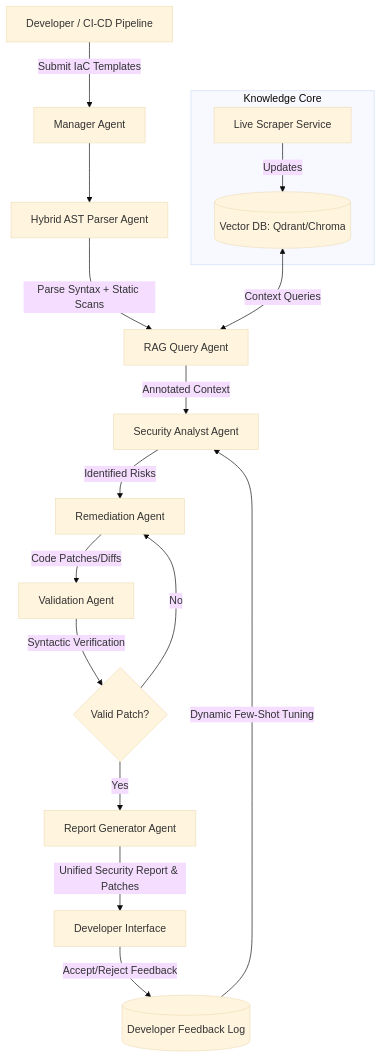
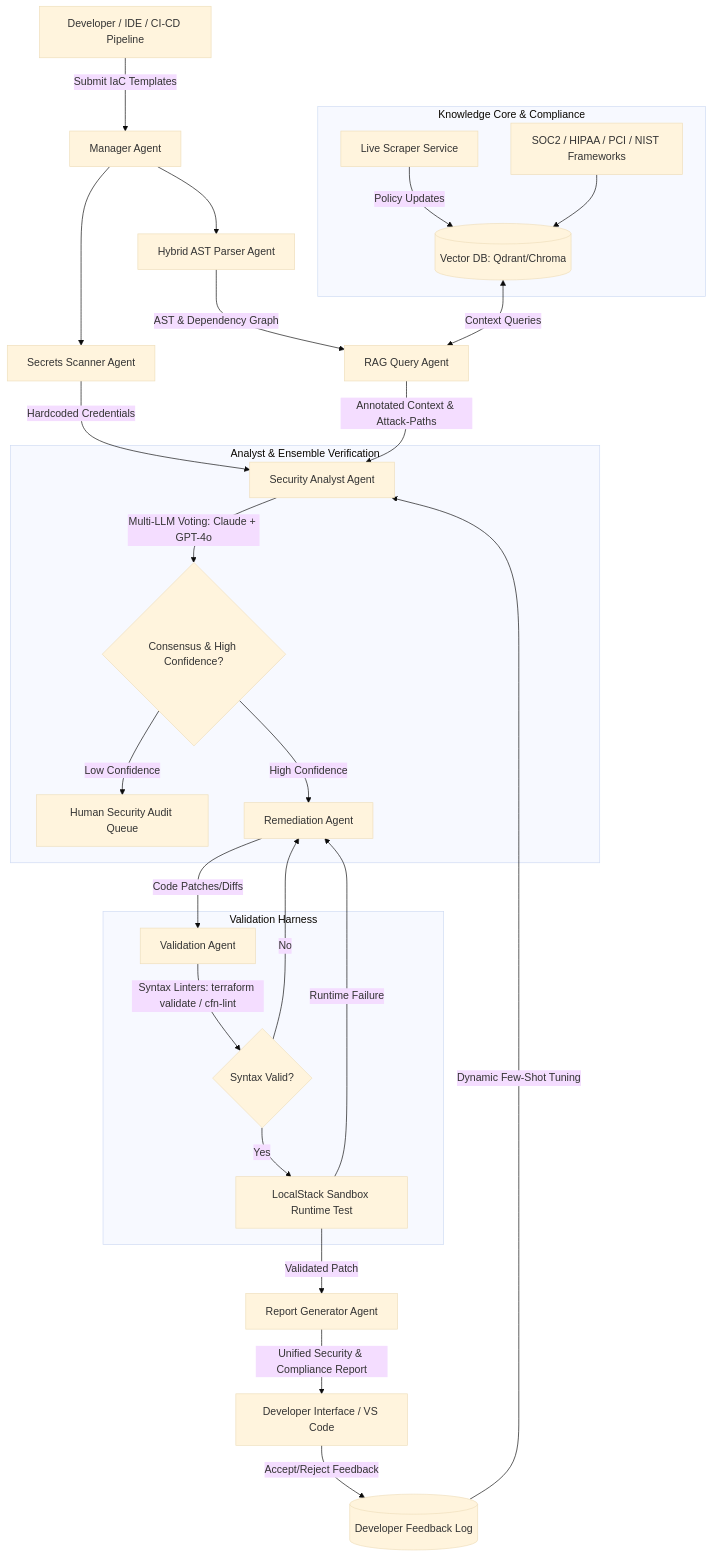
Before and after one commit to AnishaPaturi/AgenShield-AI: the diagram in README.md, drawn with Mermaid (base theme). The commit also changed other lines of this file, not shown here.

Commit message:
v1.1 : Enhance README with comprehensive improvements and features of AgentShield AI, including multi-cloud support, advanced agent orchestration, automated knowledge ingestion, and enhanced security mechanisms.

````diff
--- a/README.md
+++ b/README.md
@@ -82,24 +123,38 @@
 ```mermaid
 graph TD
-    A[Developer / CI-CD Pipeline] -->|Submit IaC Templates| B[Manager Agent]
+    A[Developer / IDE / CI-CD Pipeline] -->|Submit IaC Templates| B[Manager Agent]
     B --> C[Hybrid AST Parser Agent]
-    C -->|Parse Syntax + Static Scans| D[RAG Query Agent]
+    B --> SEC[Secrets Scanner Agent]
+    C -->|AST & Dependency Graph| D[RAG Query Agent]
+    SEC -->|Hardcoded Credentials| G[Security Analyst Agent]
     
-    subgraph "Knowledge Core"
+    subgraph "Knowledge Core & Compliance"
         E[(Vector DB: Qdrant/Chroma)]
-        F[Live Scraper Service] -->|Updates| E
+        F[Live Scraper Service] -->|Policy Updates| E
+        COMP[SOC2 / HIPAA / PCI / NIST Frameworks] --> E
     end
     
     E <-->|Context Queries| D
-    D -->|Annotated Context| G[Security Analyst Agent]
-    G -->|Identified Risks| H[Remediation Agent]
+    D -->|Annotated Context & Attack-Paths| G
+    
+    subgraph "Analyst & Ensemble Verification"
+        G -->|Multi-LLM Voting: Claude + GPT-4o| V{Consensus & High Confidence?}
+        V -->|Low Confidence| HMN[Human Security Audit Queue]
+        V -->|High Confidence| H[Remediation Agent]
+    end
+    
     H -->|Code Patches/Diffs| I[Validation Agent]
     
-    I -->|Syntactic Verification| J{Valid Patch?}
-    J -->|No| H
-    J -->|Yes| K[Report Generator Agent]
+    subgraph "Validation Harness"
+        I -->|Syntax Linters: terraform validate / cfn-lint| J1{Syntax Valid?}
+        J1 -->|No| H
+        J1 -->|Yes| J2[LocalStack Sandbox Runtime Test]
+        J2 -->|Runtime Failure| H
+    end
     
-    K -->|Unified Security Report & Patches| L[Developer Interface]
+    J2 -->|Validated Patch| K[Report Generator Agent]
+    
+    K -->|Unified Security & Compliance Report| L[Developer Interface / VS Code]
     L -->|Accept/Reject Feedback| M[(Developer Feedback Log)]
     M -->|Dynamic Few-Shot Tuning| G
 ```
````
